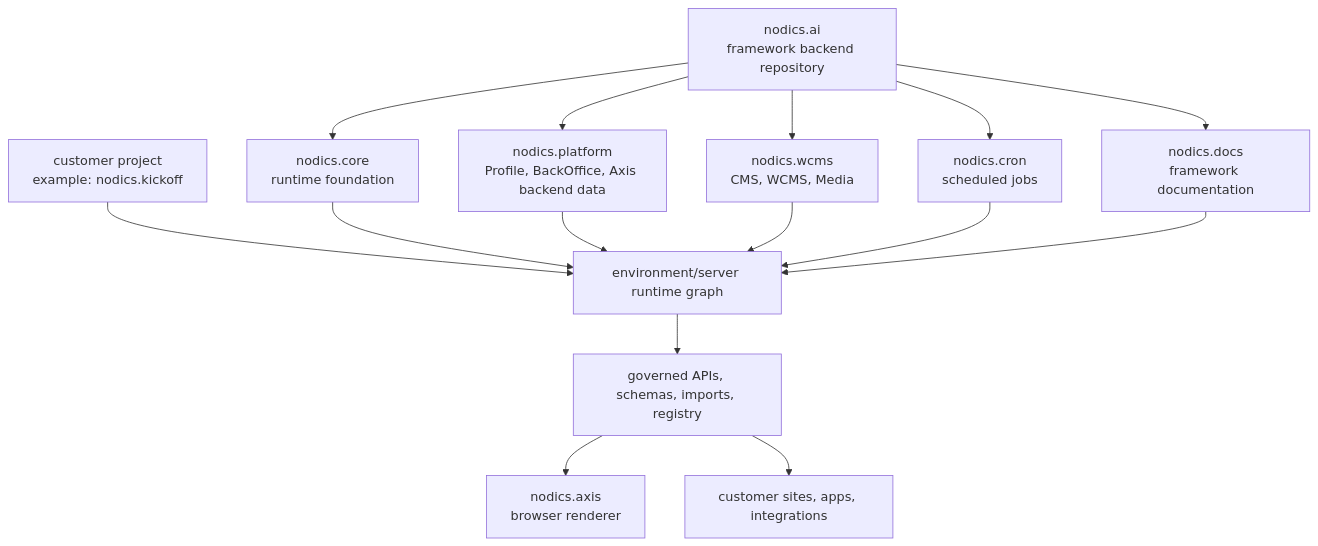
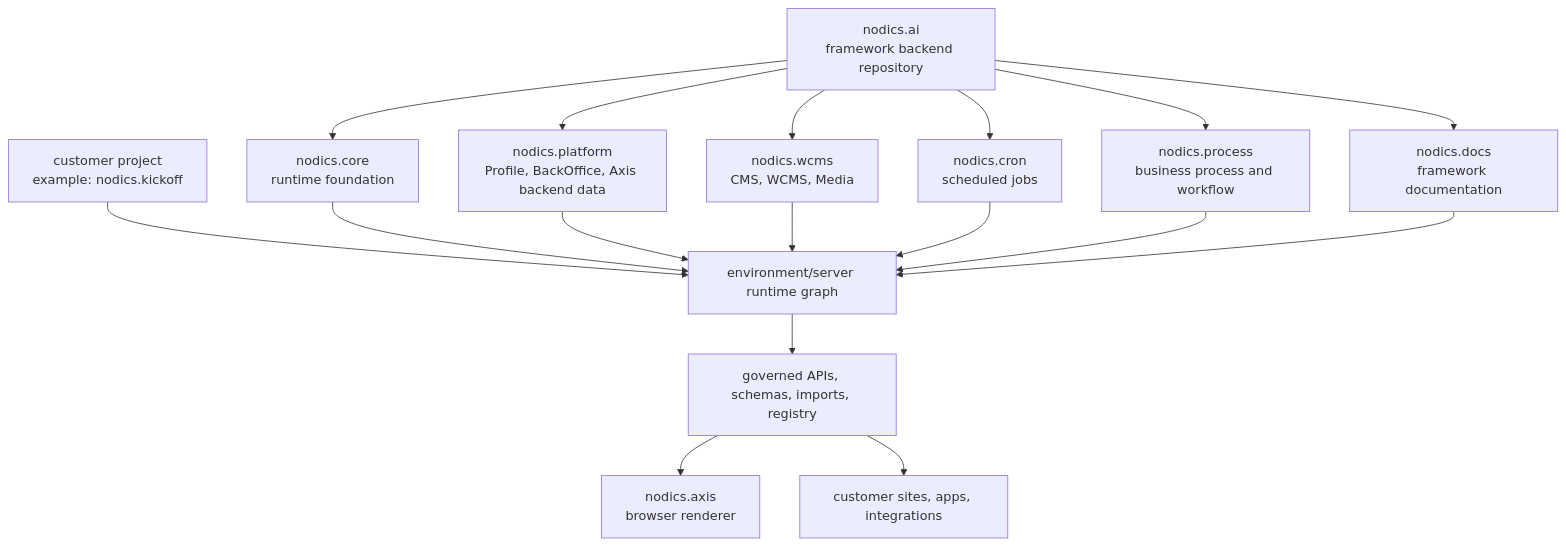
One commit to Nodics/nodics.ai changed the third of 4 diagrams in README.md. Above: the diagram before and after it, drawn with Mermaid. The commit also changed other lines of this file and 18 other files, not shown here.

Commit message:
Introduce process workflow module contract

````diff
--- a/README.md
+++ b/README.md
@@ -165,19 +165,21 @@
 ```mermaid
 flowchart TB
   Framework["nodics.ai<br/>framework backend repository"] --> Core["nodics.core<br/>runtime foundation"]
   Framework --> Platform["nodics.platform<br/>Profile, BackOffice, Axis backend data"]
   Framework --> WCMS["nodics.wcms<br/>CMS, WCMS, Media"]
   Framework --> Cron["nodics.cron<br/>scheduled jobs"]
+  Framework --> Process["nodics.process<br/>business process and workflow"]
   Framework --> Docs["nodics.docs<br/>framework documentation"]
 
   Customer["customer project<br/>example: nodics.kickoff"] --> Runtime["environment/server runtime graph"]
   Core --> Runtime
   Platform --> Runtime
   WCMS --> Runtime
   Cron --> Runtime
+  Process --> Runtime
   Docs --> Runtime
 
   Runtime --> APIs["governed APIs, schemas, imports, registry"]
   APIs --> Axis["nodics.axis<br/>browser renderer"]
   APIs --> Apps["customer sites, apps, integrations"]
 ```
````
